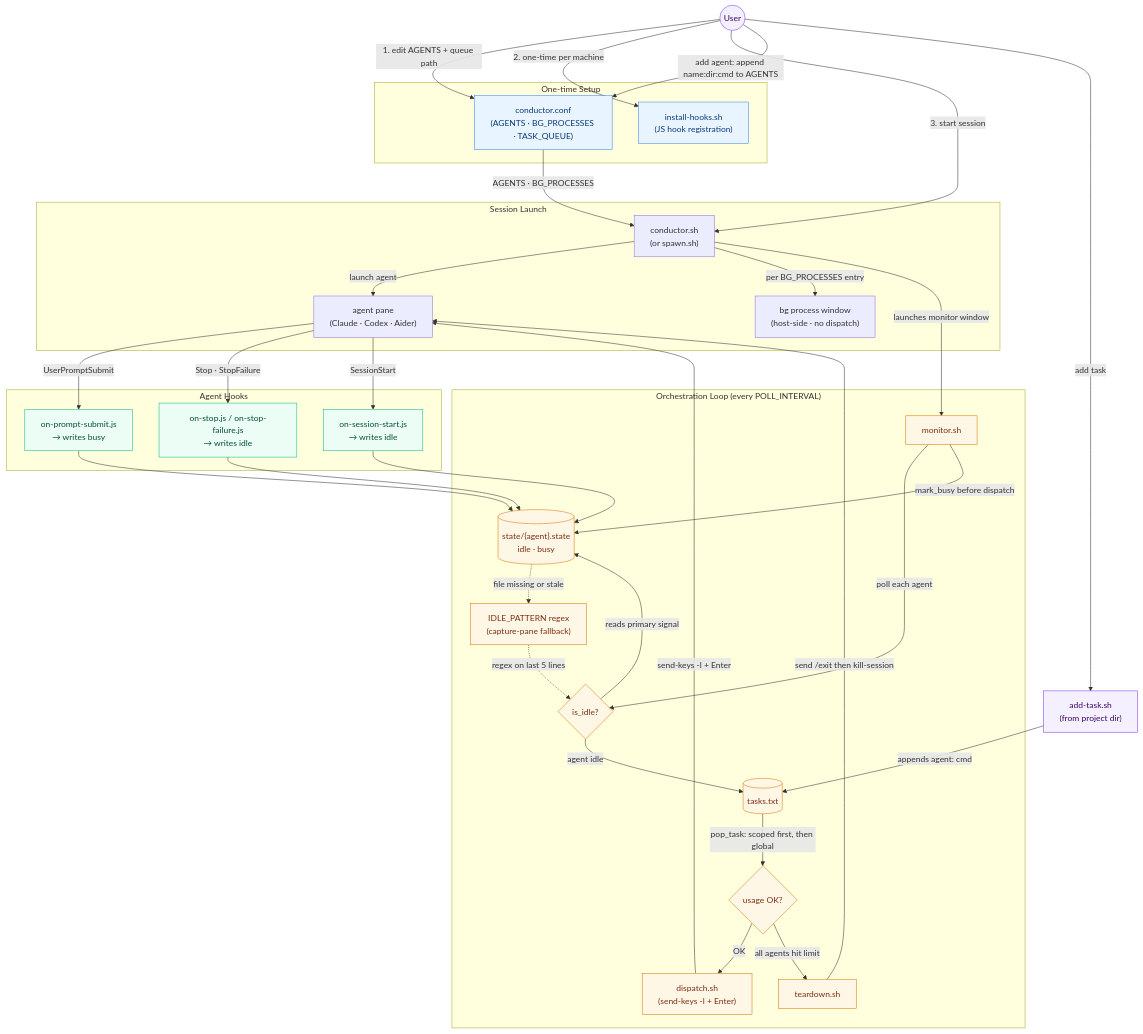
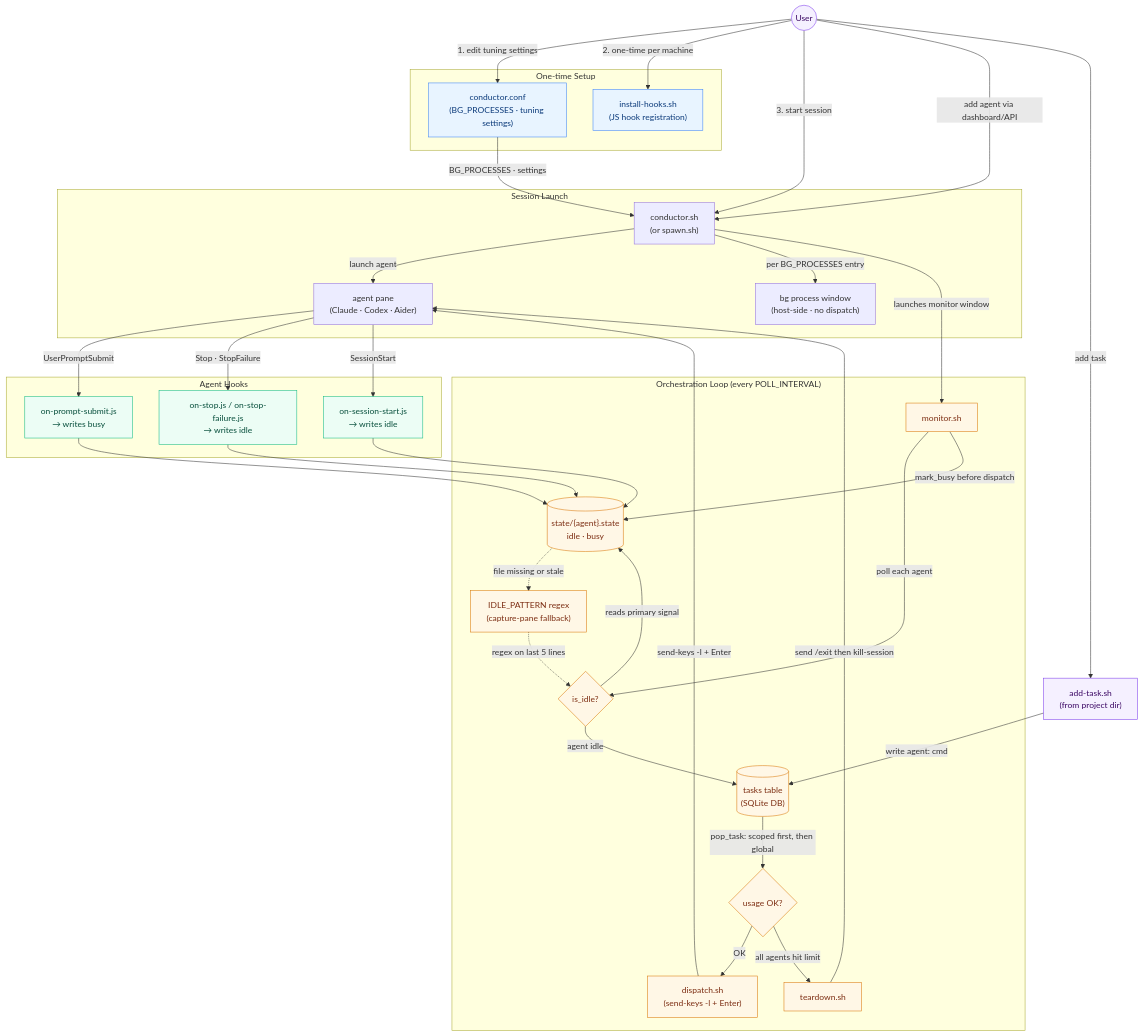
The diagram in conductor-workflow.flowchart.md (codewizard-dt/tmux-conductor), drawn with Mermaid before and after one commit. The commit also changed other lines of this file and 91 other files, not shown here.

Commit message:
[minor] Complete SQLite cutover (ROADMAP-001) and portal scaffold (ROADMAP-002); bump versions (2.1.0, 1.1.0, 0.2.0)

```diff
--- a/conductor-workflow.flowchart.md
+++ b/conductor-workflow.flowchart.md
@@ -8,7 +8,7 @@
     AddTaskSh["add-task.sh\n(from project dir)"]
 
     subgraph Setup ["One-time Setup"]
-        ConfFile["conductor.conf\n(AGENTS · BG_PROCESSES · TASK_QUEUE)"]
+        ConfFile["conductor.conf\n(BG_PROCESSES · tuning settings)"]
         InstallHooks["install-hooks.sh\n(JS hook registration)"]
     end
 
@@ -23,7 +23,7 @@
         IdleCheck{"is_idle?"}
         StateFile[("state/{agent}.state\nidle · busy")]
         IdlePattern["IDLE_PATTERN regex\n(capture-pane fallback)"]
-        Queue[(tasks.txt)]
+        Queue[("tasks table\n(SQLite DB)")]
         UsageCheck{"usage OK?"}
         DispatchSh["dispatch.sh\n(send-keys -l + Enter)"]
         TeardownSh["teardown.sh"]
@@ -36,12 +36,12 @@
     end
 
     %% ── One-time setup ─────────────────────────────────
-    User -->|"1. edit AGENTS + queue path"| ConfFile
+    User -->|"1. edit tuning settings"| ConfFile
     User -->|"2. one-time per machine"| InstallHooks
 
     %% ── Session launch ─────────────────────────────────
     User -->|"3. start session"| ConductorSh
-    ConfFile -->|"AGENTS · BG_PROCESSES"| ConductorSh
+    ConfFile -->|"BG_PROCESSES · settings"| ConductorSh
     ConductorSh -->|"launch agent"| AgentPane
     ConductorSh -->|"per BG_PROCESSES entry"| BgPane
     ConductorSh -->|"launches monitor window"| MonitorSh
@@ -67,12 +67,12 @@
     StopHook --> StateFile
     SessionHook --> StateFile
 
-    %% ── Add a new agent (config change + restart) ──────
-    User -->|"add agent: append name:dir:cmd to AGENTS"| ConfFile
+    %% ── Add a new agent (dashboard or API + restart) ──────
+    User -->|"add agent via dashboard/API"| ConductorSh
 
     %% ── Add a new task (runtime enqueue) ───────────────
     User -->|"add task"| AddTaskSh
-    AddTaskSh -->|"appends agent: cmd"| Queue
+    AddTaskSh -->|"write agent: cmd"| Queue
 
     %% ── Styling ────────────────────────────────────────
     classDef setup fill:#e8f4ff,stroke:#3b82f6,color:#0b3a7a;
```
